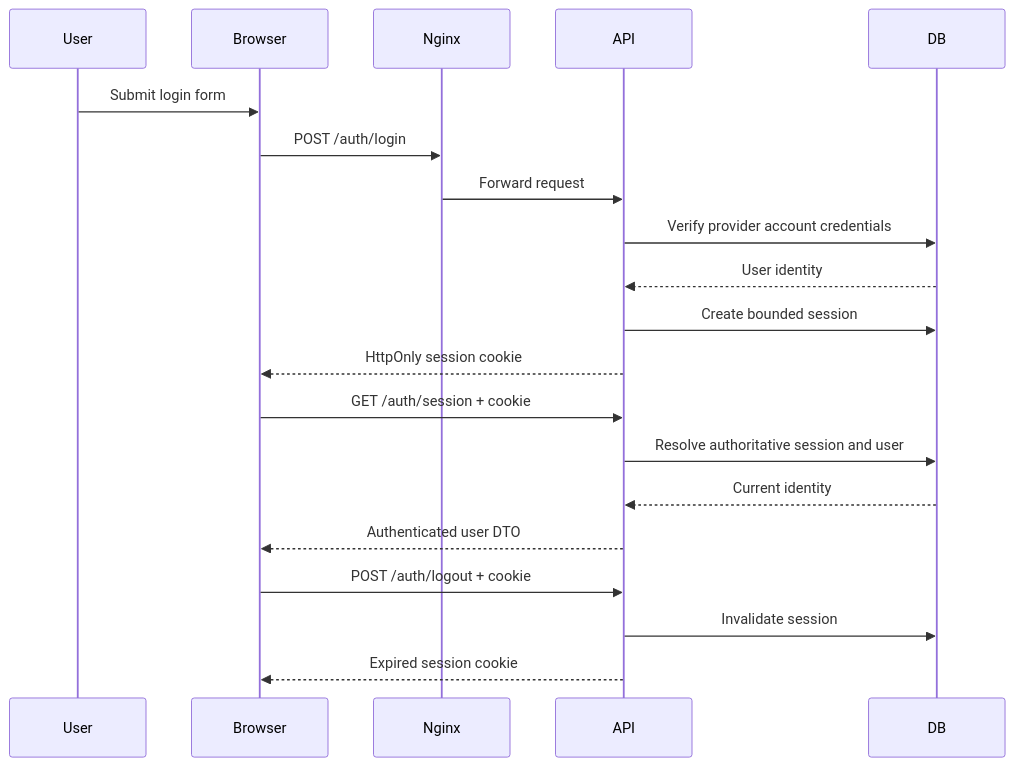
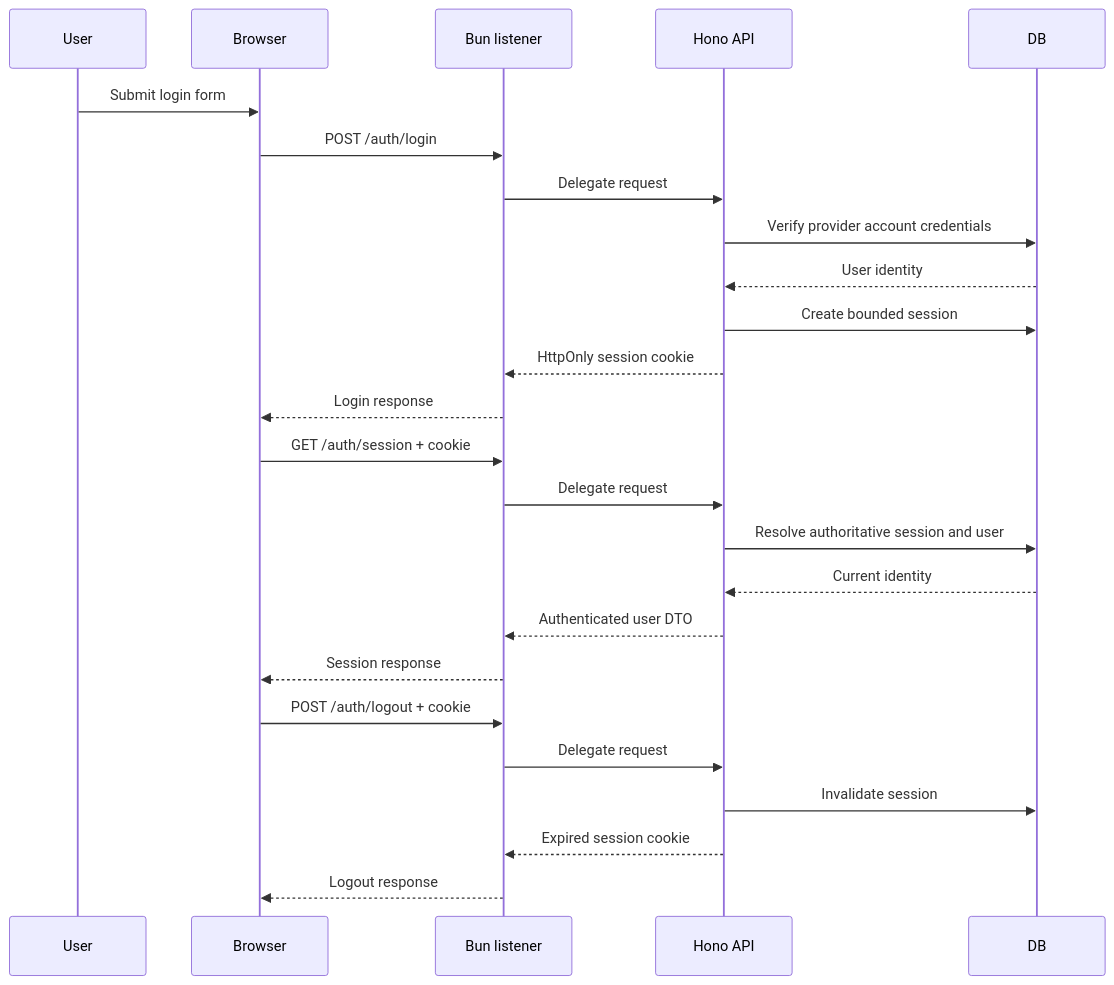
Before and after one commit to progentic/behr: the third of 4 diagrams in docs/ARCHITECTURE.md, drawn with Mermaid. The commit also changed other lines of this file and 7 other files, not shown here.

````diff
--- a/docs/ARCHITECTURE.md
+++ b/docs/ARCHITECTURE.md
@@ -236,27 +259,32 @@
 ```mermaid
 sequenceDiagram
 
     participant User
     participant Browser
-    participant Nginx
-    participant API
+    participant Listener as Bun listener
+    participant API as Hono API
     participant DB
 
     User->>Browser: Submit login form
-    Browser->>Nginx: POST /auth/login
-    Nginx->>API: Forward request
+    Browser->>Listener: POST /auth/login
+    Listener->>API: Delegate request
 
     API->>DB: Verify provider account credentials
     DB-->>API: User identity
     API->>DB: Create bounded session
-    API-->>Browser: HttpOnly session cookie
+    API-->>Listener: HttpOnly session cookie
+    Listener-->>Browser: Login response
 
-    Browser->>API: GET /auth/session + cookie
+    Browser->>Listener: GET /auth/session + cookie
+    Listener->>API: Delegate request
     API->>DB: Resolve authoritative session and user
     DB-->>API: Current identity
-    API-->>Browser: Authenticated user DTO
+    API-->>Listener: Authenticated user DTO
+    Listener-->>Browser: Session response
 
-    Browser->>API: POST /auth/logout + cookie
+    Browser->>Listener: POST /auth/logout + cookie
+    Listener->>API: Delegate request
     API->>DB: Invalidate session
-    API-->>Browser: Expired session cookie
+    API-->>Listener: Expired session cookie
+    Listener-->>Browser: Logout response
 ```
````
